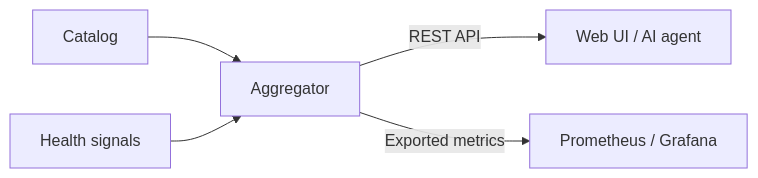
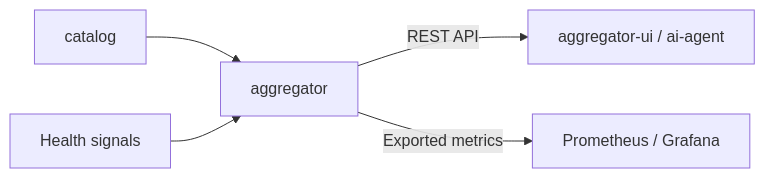
One commit to aleksei-sapozhnikov/aggregator changed the first of 3 diagrams in docs/services.md. Above: the diagram before and after it, drawn with Mermaid. The commit also changed other lines of this file, not shown here.

Commit message:
Align architecture docs with service names

````diff
--- a/docs/services.md
+++ b/docs/services.md
@@ -12,8 +13,8 @@
 ```mermaid
 flowchart LR
-  catalog["Catalog"] --> aggregator["Aggregator"]
+  catalog["catalog"] --> aggregator["aggregator"]
   signals["Health signals"] --> aggregator
 
-  aggregator -->|REST API| consumers["Web UI / AI agent"]
-  aggregator -->|Exported metrics| observability["Prometheus / Grafana"]
+  aggregator -->|REST API| consumers["aggregator-ui / ai-agent"]
+  aggregator -->|Exported metrics| history["Prometheus / Grafana"]
 ```
````
